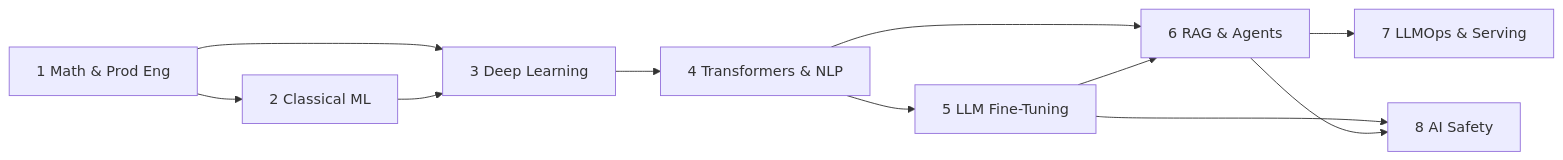
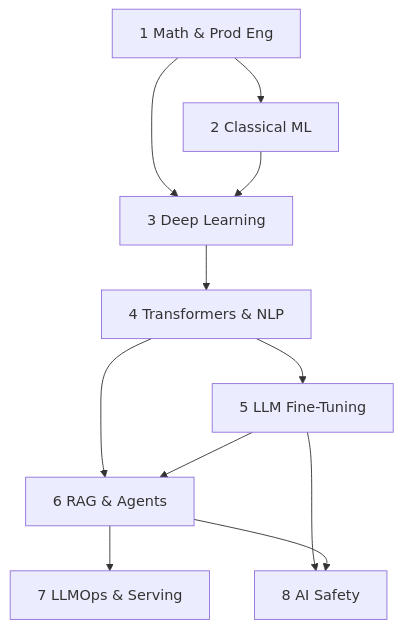
The diagram in docs/index.md (prkprime/ai), drawn with Mermaid before and after one commit. The commit also changed 12 other files, not shown here.

First line of the commit message:
docs: Fix mobile overflow and diagram readability

````diff
--- a/docs/index.md
+++ b/docs/index.md
@@ -53,13 +53,13 @@
 ```mermaid
-flowchart LR
+flowchart TD
     B1[1 Math & Prod Eng] --> B2[2 Classical ML]
     B1 --> B3[3 Deep Learning]
     B2 --> B3
     B3 --> B4[4 Transformers & NLP]
     B4 --> B5[5 LLM Fine-Tuning]
     B4 --> B6[6 RAG & Agents]
     B5 --> B6
     B6 --> B7[7 LLMOps & Serving]
     B5 --> B8[8 AI Safety]
     B6 --> B8
 ```
````
